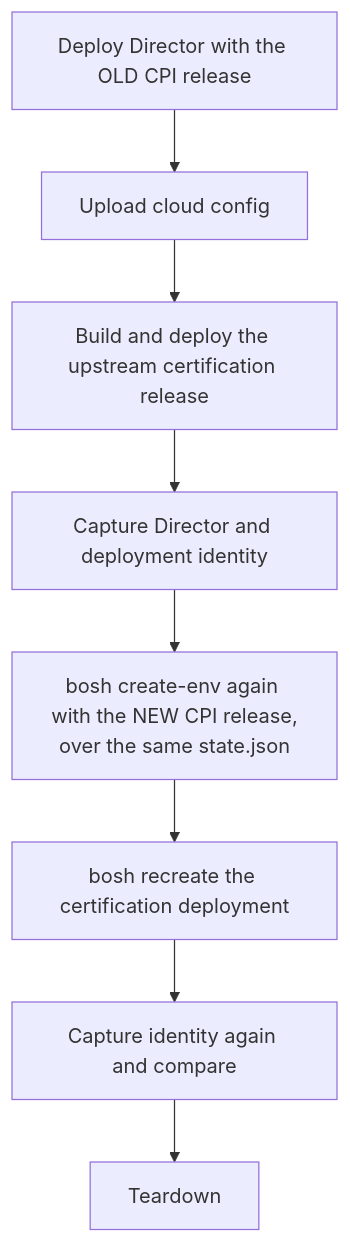
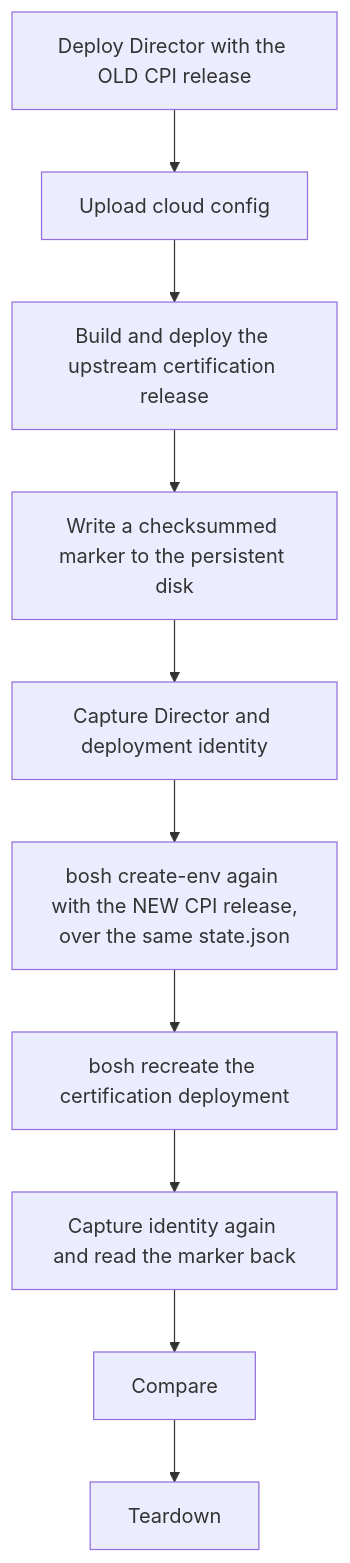
The diagram in docs/certification/upgrade.md (fivetwenty-io/bosh-proxmox-cpi-release), drawn with Mermaid before and after one commit. The commit also changed other lines of this file and 18 other files, not shown here.

````diff
--- a/docs/certification/upgrade.md
+++ b/docs/certification/upgrade.md
@@ -13,10 +13,12 @@
 ```mermaid
 flowchart TD
     A[Deploy Director with the OLD CPI release] --> B[Upload cloud config]
     B --> C[Build and deploy the upstream certification release]
-    C --> D[Capture Director and deployment identity]
+    C --> M[Write a checksummed marker to the persistent disk]
+    M --> D[Capture Director and deployment identity]
     D --> E[bosh create-env again with the NEW CPI release,<br/>over the same state.json]
     E --> F[bosh recreate the certification deployment]
-    F --> G[Capture identity again and compare]
-    G --> H[Teardown]
+    F --> G[Capture identity again and read the marker back]
+    G --> V[Compare]
+    V --> H[Teardown]
 ```
````
